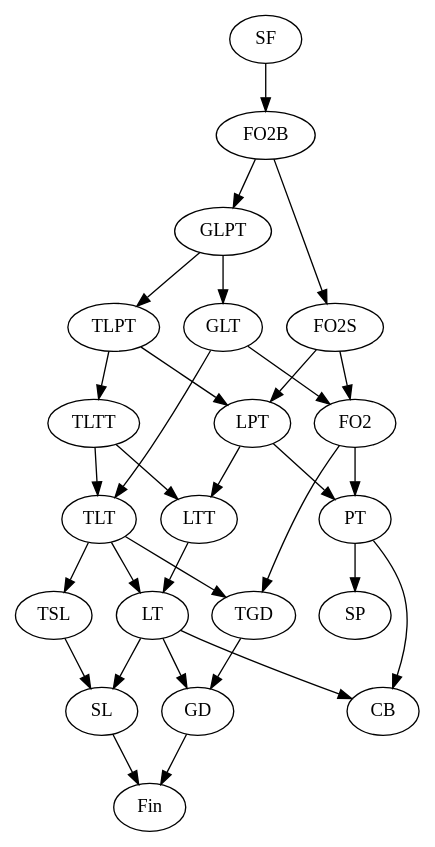
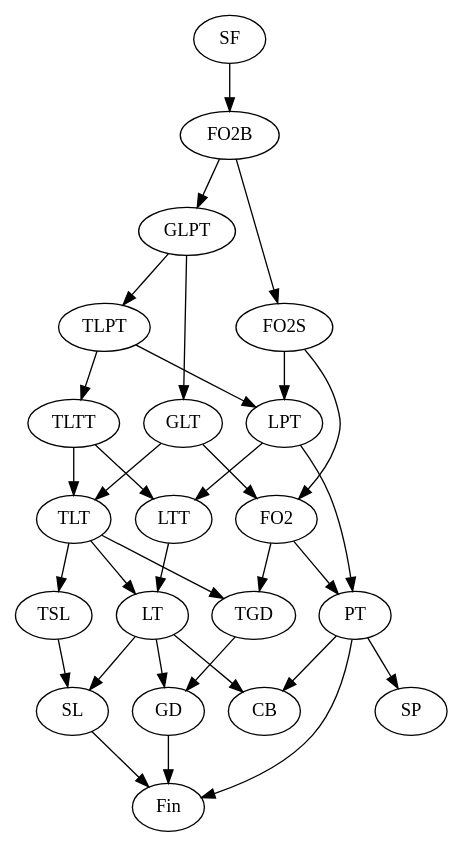
One commit to vvulpes0/Language-Toolkit-2 changed the diagram in hierarchy.dot. Above: the diagram before and after it, drawn with Graphviz.

Commit message:
note that (co)finite is a subclass of PT

```diff
--- a/hierarchy.dot
+++ b/hierarchy.dot
@@ -1,32 +1,33 @@
 digraph subreg {
 SF -> FO2B;
 FO2B -> FO2S;
 FO2S -> FO2;
 FO2 -> PT;
 PT -> SP;
 LTT -> LT;
 LT -> SL;
 TLTT -> LTT;
 TLTT -> TLT;
 TLT -> LT;
 TLT -> TSL;
 TSL -> SL;
 FO2B -> GLPT;
 GLPT -> GLT;
 GLT -> TLT;
 GLT -> FO2;
 FO2S -> LPT;
 LPT -> LTT;
 LPT -> PT;
 GLPT -> TLPT;
 TLPT -> TLTT;
 TLPT -> LPT;
 TLT -> TGD;
 FO2 -> TGD;
 LT -> GD;
 TGD -> GD;
 SL -> Fin;
 GD -> Fin;
 PT -> CB;
+PT -> Fin;
 LT -> CB;
 }
```
